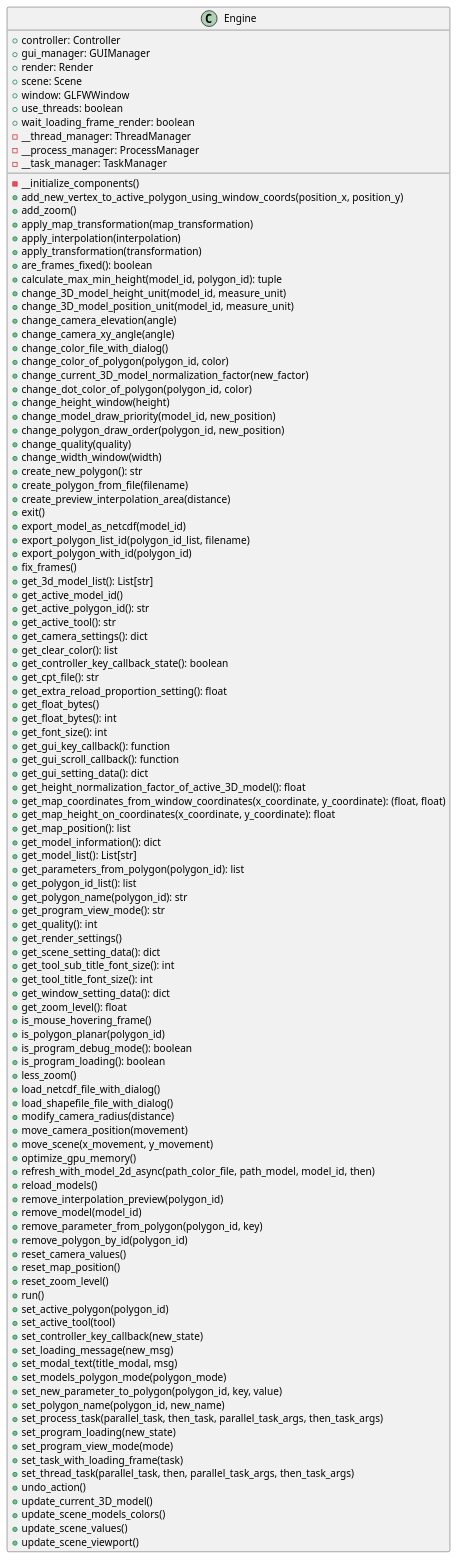
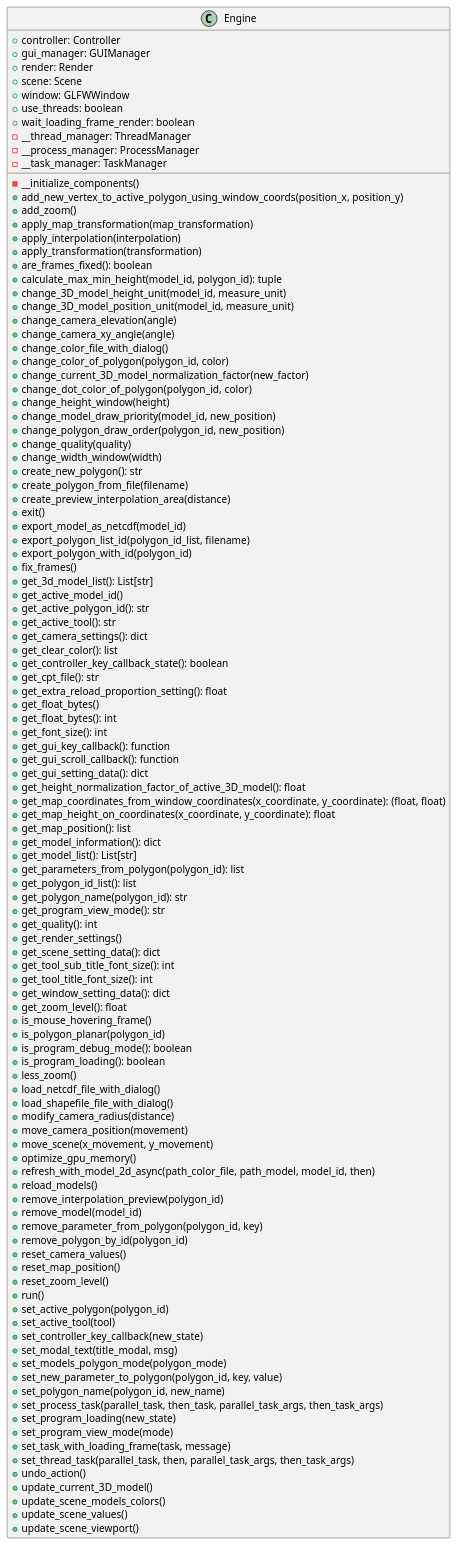
The diagram in docs/classes/Engine.puml (ferpoble2/Relief_Creator), drawn with PlantUML before and after one commit. The commit also changed 28 other files, not shown here.

```diff
--- a/docs/classes/Engine.puml
+++ b/docs/classes/Engine.puml
@@ -1,116 +1,115 @@
 @startuml
 class Engine {
     + controller: Controller
     + gui_manager: GUIManager
     + render: Render
     + scene: Scene
     + window: GLFWWindow
     + use_threads: boolean
     + wait_loading_frame_render: boolean
     - __thread_manager: ThreadManager
     - __process_manager: ProcessManager
     - __task_manager: TaskManager
 
     - __initialize_components()
     + add_new_vertex_to_active_polygon_using_window_coords(position_x, position_y)
     + add_zoom()
     + apply_map_transformation(map_transformation)
     + apply_interpolation(interpolation)
     + apply_transformation(transformation)
     + are_frames_fixed(): boolean
     + calculate_max_min_height(model_id, polygon_id): tuple
     + change_3D_model_height_unit(model_id, measure_unit)
     + change_3D_model_position_unit(model_id, measure_unit)
     + change_camera_elevation(angle)
     + change_camera_xy_angle(angle)
     + change_color_file_with_dialog()
     + change_color_of_polygon(polygon_id, color)
     + change_current_3D_model_normalization_factor(new_factor)
     + change_dot_color_of_polygon(polygon_id,  color)
     + change_height_window(height)
     + change_model_draw_priority(model_id, new_position)
     + change_polygon_draw_order(polygon_id, new_position)
     + change_quality(quality)
     + change_width_window(width)
     + create_new_polygon(): str
     + create_polygon_from_file(filename)
     + create_preview_interpolation_area(distance)
     + exit()
     + export_model_as_netcdf(model_id)
     + export_polygon_list_id(polygon_id_list, filename)
     + export_polygon_with_id(polygon_id)
     + fix_frames()
     + get_3d_model_list(): List[str]
     + get_active_model_id()
     + get_active_polygon_id(): str
     + get_active_tool(): str
     + get_camera_settings(): dict
     + get_clear_color(): list
     + get_controller_key_callback_state(): boolean
     + get_cpt_file(): str
     + get_extra_reload_proportion_setting(): float
     + get_float_bytes()
     + get_float_bytes(): int
     + get_font_size(): int
     + get_gui_key_callback(): function
     + get_gui_scroll_callback(): function
     + get_gui_setting_data(): dict
     + get_height_normalization_factor_of_active_3D_model(): float
     + get_map_coordinates_from_window_coordinates(x_coordinate, y_coordinate): (float, float)
     + get_map_height_on_coordinates(x_coordinate, y_coordinate): float
     + get_map_position(): list
     + get_model_information(): dict
     + get_model_list(): List[str]
     + get_parameters_from_polygon(polygon_id): list
     + get_polygon_id_list(): list
     + get_polygon_name(polygon_id): str
     + get_program_view_mode(): str
     + get_quality(): int
     + get_render_settings()
     + get_scene_setting_data(): dict
     + get_tool_sub_title_font_size(): int
     + get_tool_title_font_size(): int
     + get_window_setting_data(): dict
     + get_zoom_level(): float
     + is_mouse_hovering_frame()
     + is_polygon_planar(polygon_id)
     + is_program_debug_mode(): boolean
     + is_program_loading(): boolean
     + less_zoom()
     + load_netcdf_file_with_dialog()
     + load_shapefile_file_with_dialog()
     + modify_camera_radius(distance)
     + move_camera_position(movement)
     + move_scene(x_movement, y_movement)
     + optimize_gpu_memory()
     + refresh_with_model_2d_async(path_color_file, path_model, model_id, then)
     + reload_models()
     + remove_interpolation_preview(polygon_id)
     + remove_model(model_id)
     + remove_parameter_from_polygon(polygon_id, key)
     + remove_polygon_by_id(polygon_id)
     + reset_camera_values()
     + reset_map_position()
     + reset_zoom_level()
     + run()
     + set_active_polygon(polygon_id)
     + set_active_tool(tool)
     + set_controller_key_callback(new_state)
-    + set_loading_message(new_msg)
     + set_modal_text(title_modal, msg)
     + set_models_polygon_mode(polygon_mode)
     + set_new_parameter_to_polygon(polygon_id, key, value)
     + set_polygon_name(polygon_id, new_name)
     + set_process_task(parallel_task, then_task, parallel_task_args, then_task_args)
     + set_program_loading(new_state)
     + set_program_view_mode(mode)
-    + set_task_with_loading_frame(task)
+    + set_task_with_loading_frame(task, message)
     + set_thread_task(parallel_task, then, parallel_task_args, then_task_args)
     + undo_action()
     + update_current_3D_model()
     + update_scene_models_colors()
     + update_scene_values()
     + update_scene_viewport()
 }
 
 @enduml
```
